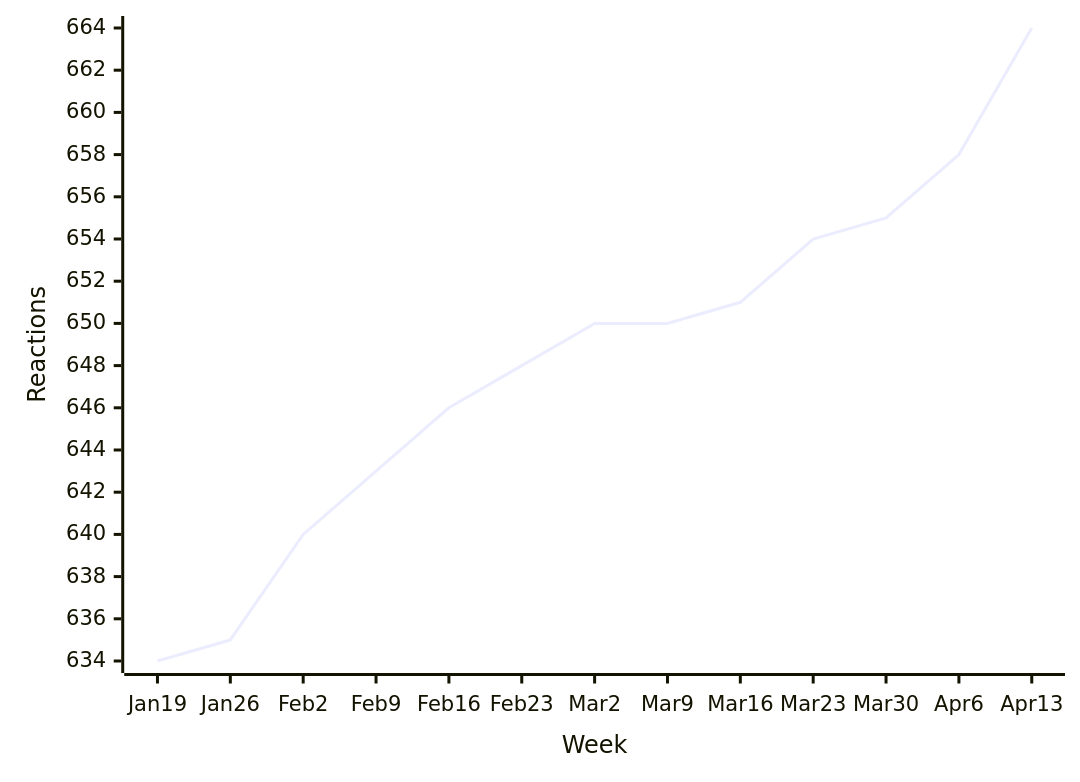
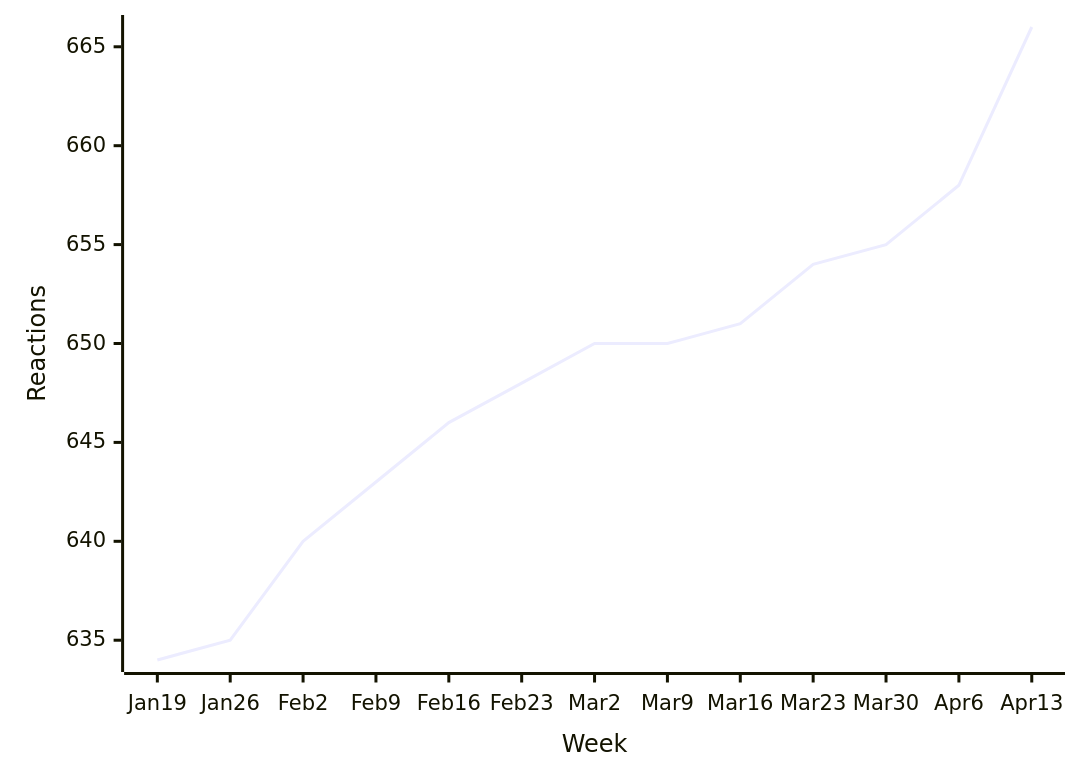
One commit to loic-sharma/github-insights changed the fourth of 59 diagrams in README.md. Above: the diagram before and after it, drawn with Mermaid. The commit also changed other lines of this file and 3 other files, not shown here.

````diff
--- a/README.md
+++ b/README.md
@@ -390,6 +390,6 @@
   ```mermaid
   xychart-beta
     x-axis "Week" [Jan 19, Jan 26, Feb 2, Feb 9, Feb 16, Feb 23, Mar 2, Mar 9, Mar 16, Mar 23, Mar 30, Apr 6, Apr 13]
     y-axis "Reactions"
-    line [634, 635, 640, 643, 646, 648, 650, 650, 651, 654, 655, 658, 664]
+    line [634, 635, 640, 643, 646, 648, 650, 650, 651, 654, 655, 658, 666]
   ```
````
